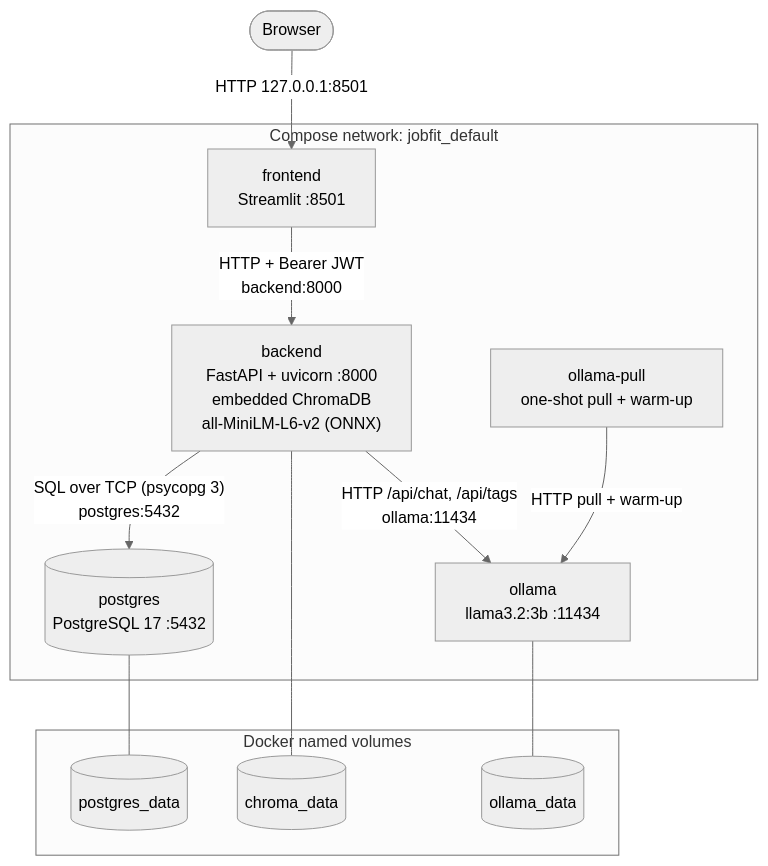
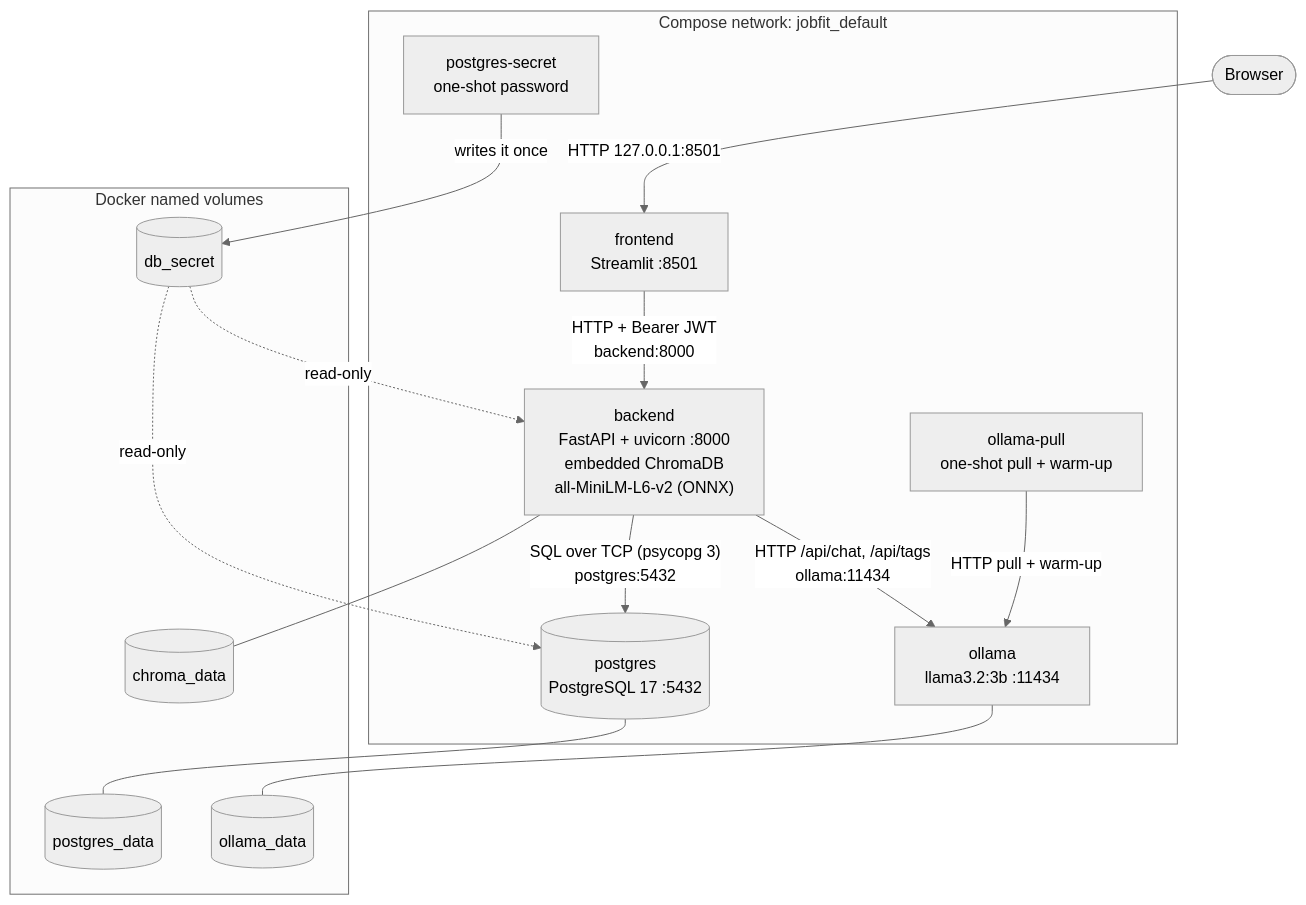
Before and after one commit to Ben-West93/Course-work: the first of 2 diagrams in module_09/capstone/README.md, drawn with Mermaid (neutral theme). The commit also changed other lines of this file and 17 other files, not shown here.

````diff
--- a/module_09/capstone/README.md
+++ b/module_09/capstone/README.md
@@ -586,27 +627,32 @@
 ```mermaid
 flowchart TB
     browser(["Browser"])
 
     subgraph compose["Compose network: jobfit_default"]
         frontend["frontend<br/>Streamlit :8501"]
         backend["backend<br/>FastAPI + uvicorn :8000<br/>embedded ChromaDB<br/>all-MiniLM-L6-v2 (ONNX)"]
         postgres[("postgres<br/>PostgreSQL 17 :5432")]
         ollama["ollama<br/>llama3.2:3b :11434"]
         pull["ollama-pull<br/>one-shot pull + warm-up"]
+        secret["postgres-secret<br/>one-shot password"]
     end
 
     subgraph volumes["Docker named volumes"]
         pgvol[("postgres_data")]
         chromavol[("chroma_data")]
         ollamavol[("ollama_data")]
+        secretvol[("db_secret")]
     end
 
     browser -- "HTTP 127.0.0.1:8501" --> frontend
     frontend -- "HTTP + Bearer JWT<br/>backend:8000" --> backend
     backend -- "SQL over TCP (psycopg 3)<br/>postgres:5432" --> postgres
     backend -- "HTTP /api/chat, /api/tags<br/>ollama:11434" --> ollama
     pull -- "HTTP pull + warm-up" --> ollama
     postgres --- pgvol
     backend --- chromavol
     ollama --- ollamavol
+    secret -- "writes it once" --> secretvol
+    secretvol -. "read-only" .-> postgres
+    secretvol -. "read-only" .-> backend
 ```
````
